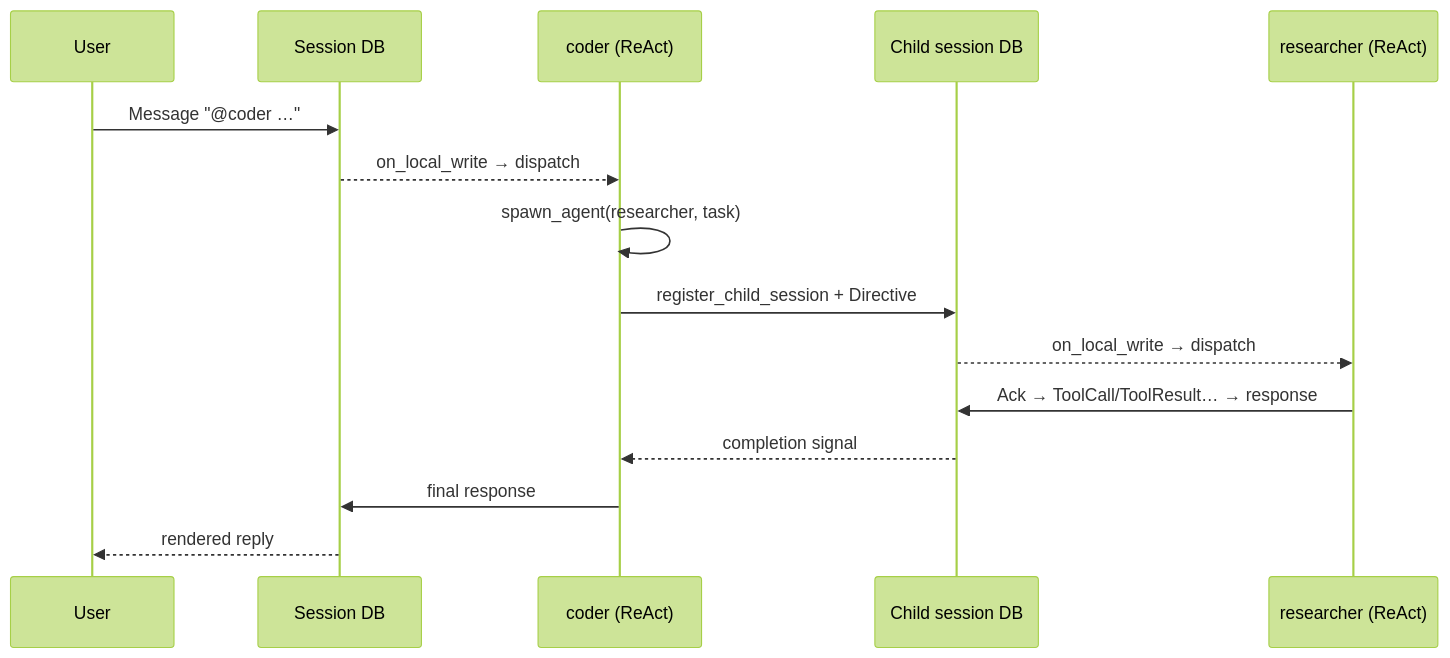
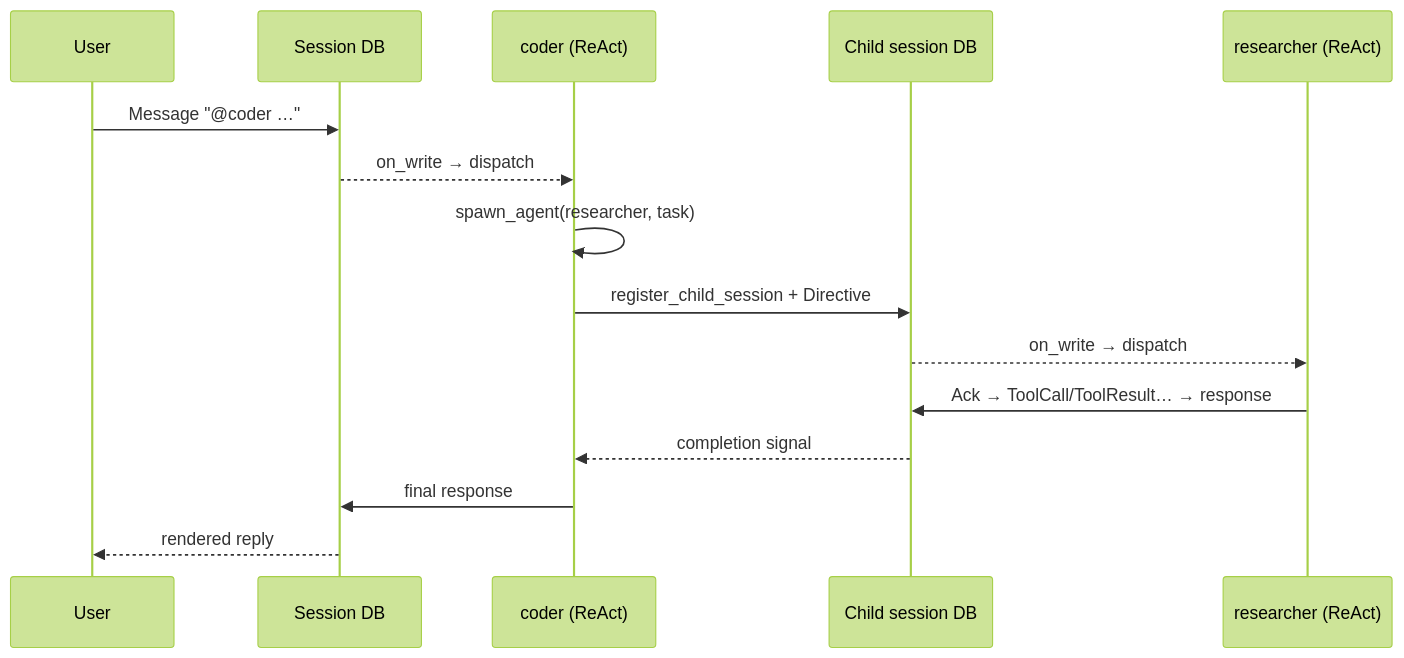
Before and after one commit to arcuru/chaz: the second of 3 diagrams in docs/src/user_guide/agents.md, drawn with Mermaid (forest theme). The commit also changed other lines of this file and 6 other files, not shown here.

````diff
--- a/docs/src/user_guide/agents.md
+++ b/docs/src/user_guide/agents.md
@@ -537,18 +537,18 @@
 ```mermaid
 sequenceDiagram
     participant U as User
     participant S as Session DB
     participant C as coder (ReAct)
     participant CS as Child session DB
     participant R as researcher (ReAct)
 
     U->>S: Message "@coder …"
-    S-->>C: on_local_write → dispatch
+    S-->>C: on_write → dispatch
     C->>C: spawn_agent(researcher, task)
     C->>CS: register_child_session + Directive
-    CS-->>R: on_local_write → dispatch
+    CS-->>R: on_write → dispatch
     R->>CS: Ack → ToolCall/ToolResult… → response
     CS-->>C: completion signal
     C->>S: final response
     S-->>U: rendered reply
 ```
````
